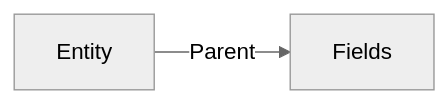
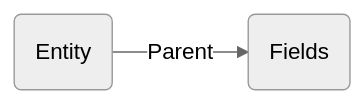
One commit to anismegdiche/metal-server changed the fifth of 7 diagrams in docs/documentation/about.md. Above: the diagram before and after it, drawn with Mermaid (neutral theme). The commit also changed other lines of this file and 125 other files, not shown here.

````diff
--- a/docs/documentation/about.md
+++ b/docs/documentation/about.md
@@ -107,4 +107,4 @@
 ```mermaid
 graph LR
-Entity -- Parent --> Fields
+    Entity(Entity) -- Parent --> Fields(Fields)
 ```
````
